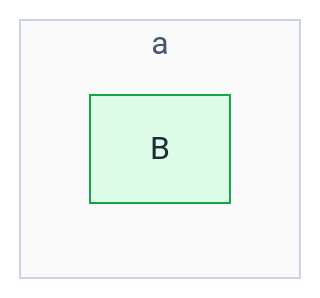
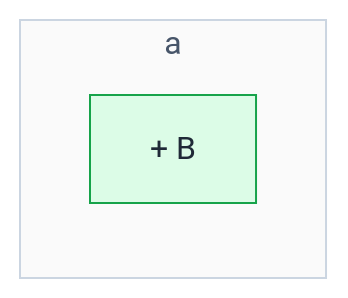
Before and after one commit to Ullauri/shapediff: the fourth of 5 diagrams in internal/render/testdata/note.golden.md, drawn with Mermaid. The commit also changed other lines of this file and 7 other files, not shown here.

````diff
--- a/internal/render/testdata/note.golden.md
+++ b/internal/render/testdata/note.golden.md
@@ -128,10 +128,10 @@
 ```mermaid
 flowchart LR
   classDef added fill:#dcfce7,stroke:#16a34a,color:#1f2937
   classDef box fill:#fafafa,stroke:#cbd5e1,color:#475569
   subgraph sge40c292c["a"]
-    na90b54ed["B"]
+    na90b54ed["+ B"]
   end
   class sge40c292c box
   class na90b54ed added
 ```
````
